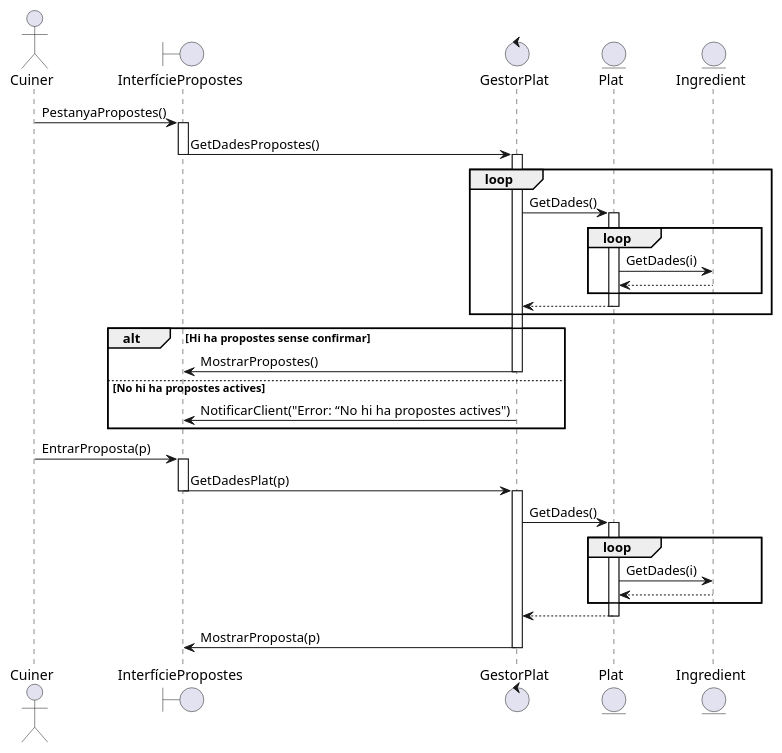
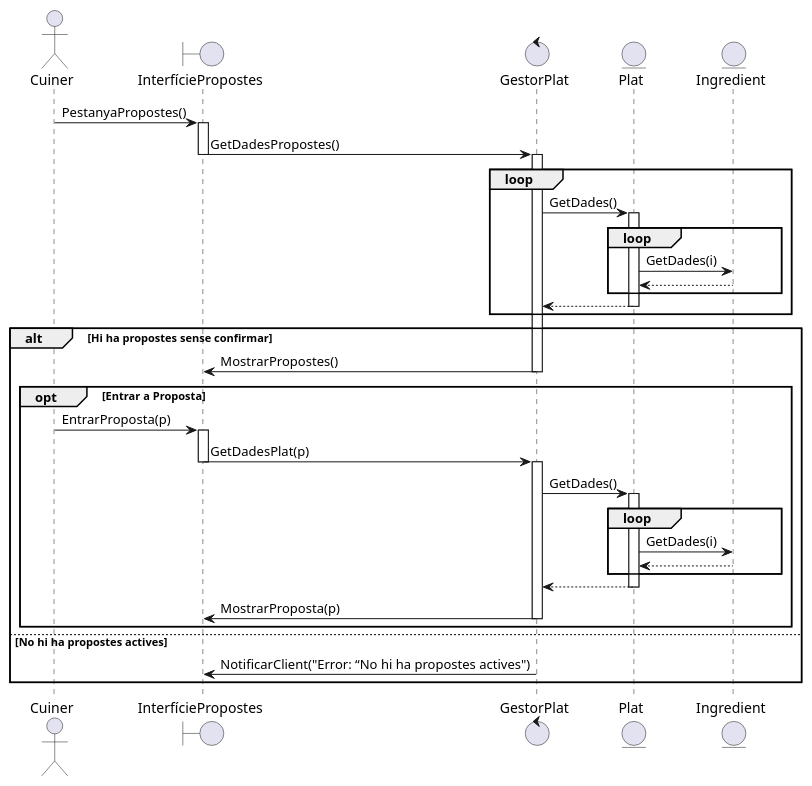
Before and after one commit to martipages/ES23UAB431-02: the diagram in documents/Diagrames i Especificacions/Seqüencia/Hiro! ^3^/4. Mostrar Menú Propostes.puml, drawn with PlantUML. The commit also changed 12 other files, not shown here.

```diff
--- a/documents/Diagrames i Especificacions/Seqüencia/Hiro! ^3^/4. Mostrar Menú Propostes.puml
+++ b/documents/Diagrames i Especificacions/Seqüencia/Hiro! ^3^/4. Mostrar Menú Propostes.puml
@@ -1,36 +1,38 @@
 @startuml
 
 actor Cuiner
 boundary InterfíciePropostes
 control GestorPlat
 entity Plat
 entity Ingredient
 
 Cuiner -> InterfíciePropostes++: PestanyaPropostes()
 InterfíciePropostes -> GestorPlat--++: GetDadesPropostes()
 loop
 GestorPlat->Plat++: GetDades()
 loop
 Plat->Ingredient: GetDades(i)
 Ingredient-->Plat--
 end
 Plat-->GestorPlat--
 end
 alt Hi ha propostes sense confirmar
 GestorPlat->InterfíciePropostes--: MostrarPropostes() 
-else No hi ha propostes actives
-GestorPlat->InterfíciePropostes: NotificarClient("Error: “No hi ha propostes actives")
-end
 
-
+opt Entrar a Proposta
 Cuiner -> InterfíciePropostes++: EntrarProposta(p)
 InterfíciePropostes -> GestorPlat--++: GetDadesPlat(p)
 GestorPlat->Plat++: GetDades()
 loop
 Plat->Ingredient: GetDades(i)
 Ingredient-->Plat--
 end
 Plat-->GestorPlat--
 GestorPlat->InterfíciePropostes--: MostrarProposta(p) 
+end
+
+else No hi ha propostes actives
+GestorPlat->InterfíciePropostes: NotificarClient("Error: “No hi ha propostes actives")
+end
 
 @enduml
```
